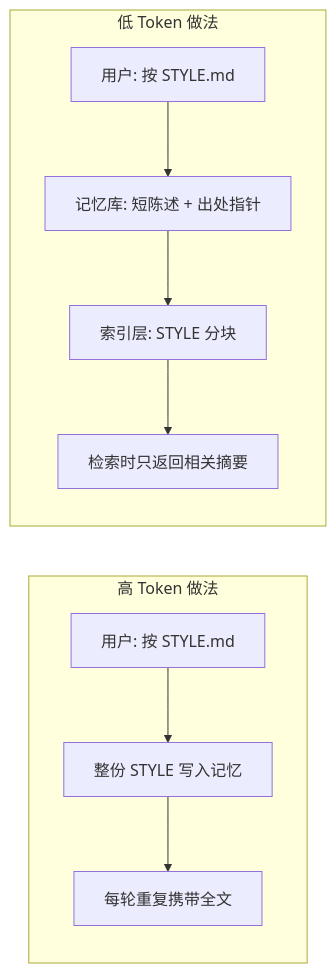
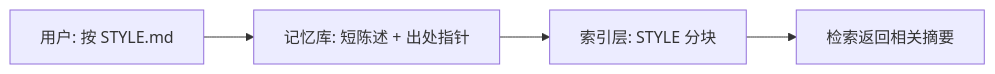
Before and after one commit to SteamedBread2333/imprint: the third of 7 diagrams in docs/agent-memory-token.zh.md, drawn with Mermaid. The commit also changed other lines of this file and 3 other files, not shown here.

````diff
--- a/docs/agent-memory-token.zh.md
+++ b/docs/agent-memory-token.zh.md
@@ -94,13 +92,6 @@
 ```mermaid
 flowchart LR
-  subgraph 高 Token 做法
-    L1[用户: 按 STYLE.md] --> L2[整份 STYLE 写入记忆]
-    L2 --> L3[每轮重复携带全文]
-  end
-
-  subgraph 低 Token 做法
-    R1[用户: 按 STYLE.md] --> R2[记忆库: 短陈述 + 出处指针]
-    R2 --> R3[索引层: STYLE 分块]
-    R3 --> R4[检索时只返回相关摘要]
-  end
+  R1[用户: 按 STYLE.md] --> R2[记忆库: 短陈述 + 出处指针]
+  R2 --> R3[索引层: STYLE 分块]
+  R3 --> R4[检索返回相关摘要]
 ```
````
